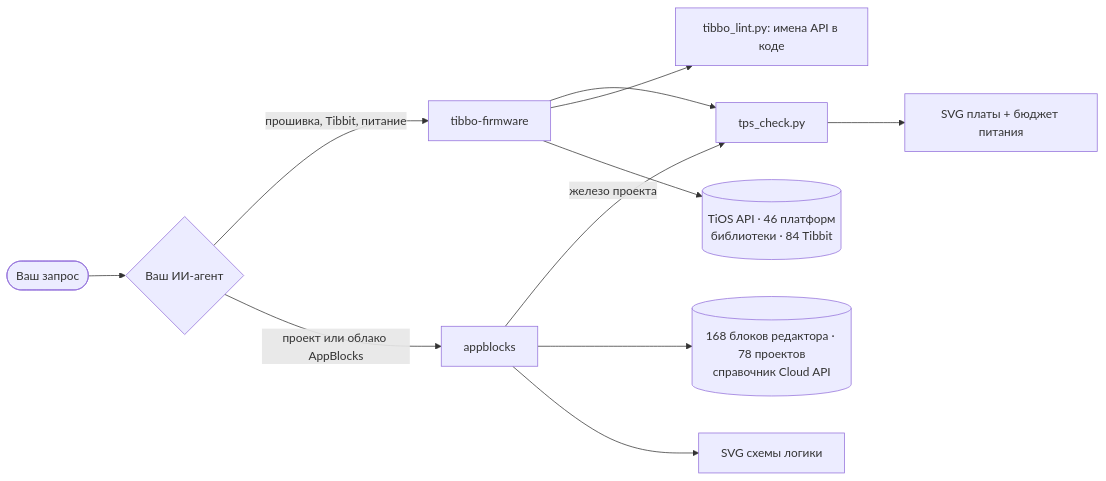
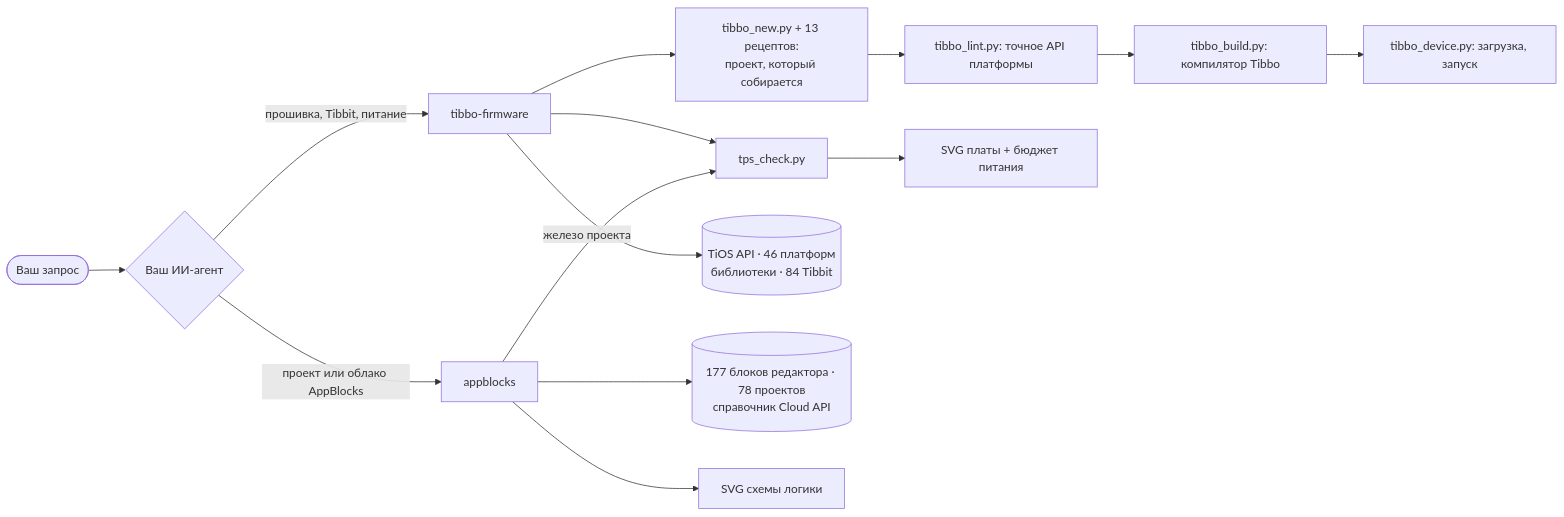
Before and after one commit to SCANCODE-IOT/tibbo-ai-skills: the diagram in README.ru.md, drawn with Mermaid. The commit also changed other lines of this file and 15 other files, not shown here.

First line of the commit message:
Release 2.2.0: changelog, READMEs and INSTALL (building and uploading firmware), chat pack docs for the 8th file, reproducible Kimi kit, CI job with Tibbo's compiler, two more build hints

````diff
--- a/README.ru.md
+++ b/README.ru.md
@@ -48,13 +48,16 @@
 ```mermaid
 flowchart LR
     U([Ваш запрос]) --> C{Ваш ИИ-агент}
     C -->|прошивка, Tibbit, питание| F[tibbo-firmware]
     C -->|проект или облако AppBlocks| A[appblocks]
     A -->|железо проекта| T[tps_check.py]
     F --> T
-    F --> N[tibbo_lint.py: имена API в коде]
+    F --> G[tibbo_new.py + 13 рецептов:<br/>проект, который собирается]
+    G --> N[tibbo_lint.py: точное API платформы]
+    N --> B[tibbo_build.py: компилятор Tibbo]
+    B --> D[tibbo_device.py: загрузка, запуск]
     F --> R[(TiOS API · 46 платформ<br/>библиотеки · 84 Tibbit)]
-    A --> K[(168 блоков редактора · 78 проектов<br/>справочник Cloud API)]
+    A --> K[(177 блоков редактора · 78 проектов<br/>справочник Cloud API)]
     T --> S[SVG платы + бюджет питания]
     A --> L[SVG схемы логики]
 ```
````
